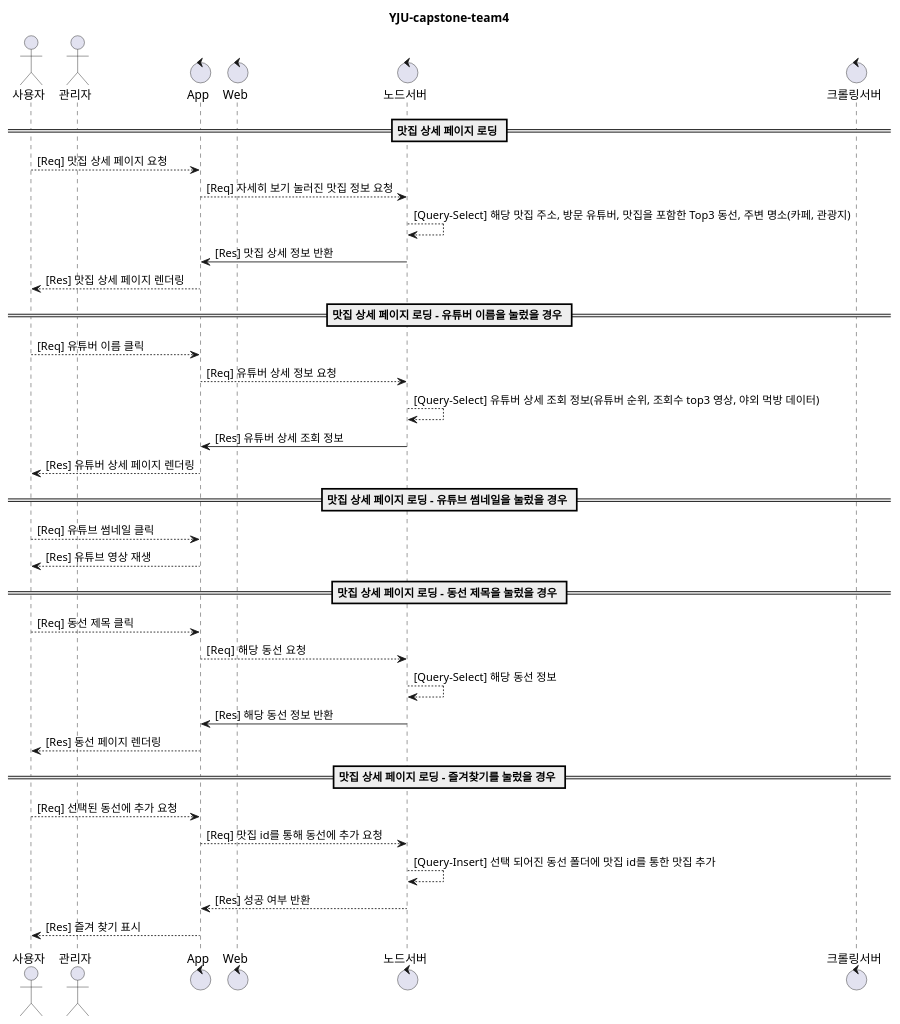
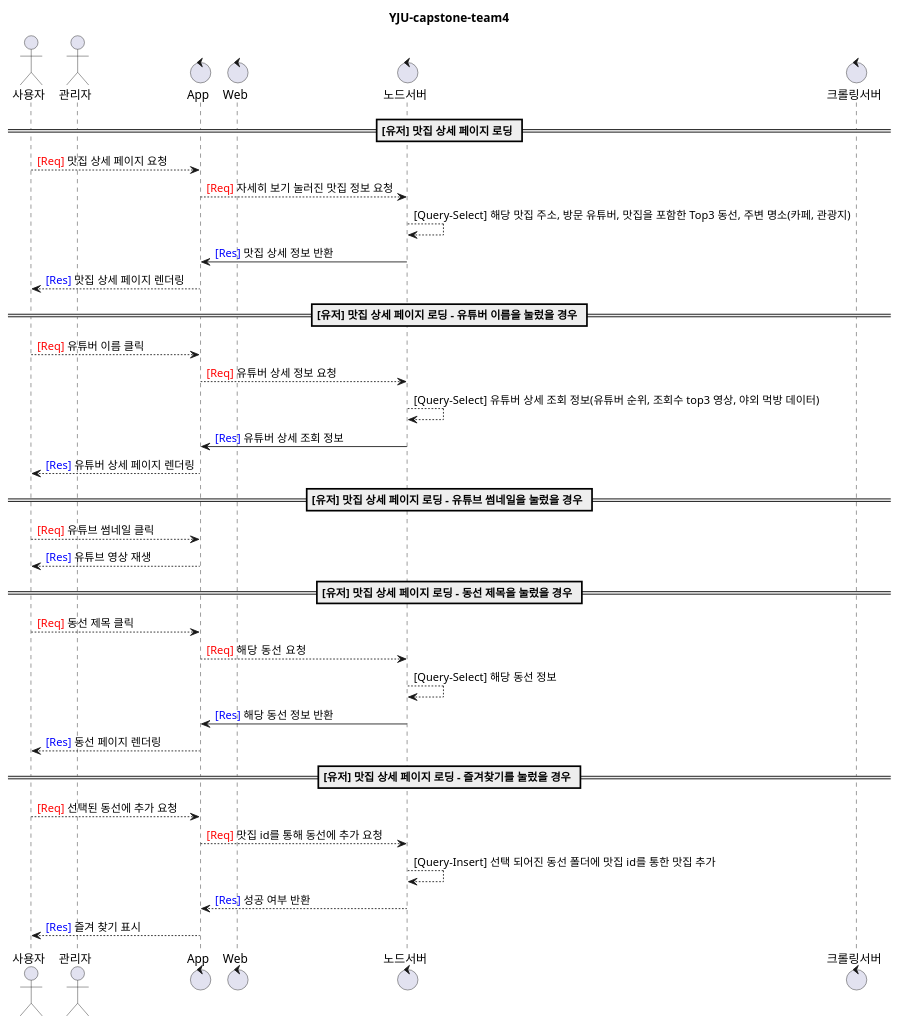
Before and after one commit to YJU-capstone-team4/Node.js-project-Server: the diagram in seven.wsd, drawn with PlantUML. The commit also changed 2 other files, not shown here.

Commit message:
Feature :: 시퀀스다이어그램 세번째 수정

```diff
--- a/seven.wsd
+++ b/seven.wsd
@@ -2,44 +2,44 @@
 @startuml
 
 title YJU-capstone-team4
 
 actor 사용자 as User
 actor 관리자 as Admin
 
 control App
 control Web
 control 노드서버 as Node
 control 크롤링서버 as Lamda
 
-== 맛집 상세 페이지 로딩 ==
-User --> App : [Req] 맛집 상세 페이지 요청
-App --> Node : [Req] 자세히 보기 눌러진 맛집 정보 요청
+== [유저] 맛집 상세 페이지 로딩 ==
+User --> App : <font color=red>[Req]</font> 맛집 상세 페이지 요청
+App --> Node : <font color=red>[Req]</font> 자세히 보기 눌러진 맛집 정보 요청
     Node --> Node : [Query-Select] 해당 맛집 주소, 방문 유튜버, 맛집을 포함한 Top3 동선, 주변 명소(카페, 관광지)
-Node -> App : [Res] 맛집 상세 정보 반환
-App --> User : [Res] 맛집 상세 페이지 렌더링
+Node -> App : <font color=blue>[Res]</font> 맛집 상세 정보 반환
+App --> User : <font color=blue>[Res]</font> 맛집 상세 페이지 렌더링
 
-== 맛집 상세 페이지 로딩 - 유튜버 이름을 눌렀을 경우 ==
-User --> App : [Req] 유튜버 이름 클릭
-App --> Node : [Req] 유튜버 상세 정보 요청
+== [유저] 맛집 상세 페이지 로딩 - 유튜버 이름을 눌렀을 경우 ==
+User --> App : <font color=red>[Req]</font> 유튜버 이름 클릭
+App --> Node : <font color=red>[Req]</font> 유튜버 상세 정보 요청
     Node --> Node : [Query-Select] 유튜버 상세 조회 정보(유튜버 순위, 조회수 top3 영상, 야외 먹방 데이터)
-Node -> App : [Res] 유튜버 상세 조회 정보
-App --> User : [Res] 유튜버 상세 페이지 렌더링
+Node -> App : <font color=blue>[Res]</font> 유튜버 상세 조회 정보
+App --> User : <font color=blue>[Res]</font> 유튜버 상세 페이지 렌더링
 
-== 맛집 상세 페이지 로딩 - 유튜브 썸네일을 눌렀을 경우 ==
-User --> App : [Req] 유튜브 썸네일 클릭
-App --> User : [Res] 유튜브 영상 재생
+== [유저] 맛집 상세 페이지 로딩 - 유튜브 썸네일을 눌렀을 경우 ==
+User --> App : <font color=red>[Req]</font> 유튜브 썸네일 클릭
+App --> User : <font color=blue>[Res]</font> 유튜브 영상 재생
 
-== 맛집 상세 페이지 로딩 - 동선 제목을 눌렀을 경우 ==
-User --> App : [Req] 동선 제목 클릭
-App --> Node : [Req] 해당 동선  요청
+== [유저] 맛집 상세 페이지 로딩 - 동선 제목을 눌렀을 경우 ==
+User --> App : <font color=red>[Req]</font> 동선 제목 클릭
+App --> Node : <font color=red>[Req]</font> 해당 동선  요청
     Node --> Node : [Query-Select] 해당 동선 정보
-Node -> App : [Res] 해당 동선 정보 반환
-App --> User : [Res] 동선 페이지 렌더링
+Node -> App : <font color=blue>[Res]</font> 해당 동선 정보 반환
+App --> User : <font color=blue>[Res]</font> 동선 페이지 렌더링
 
-== 맛집 상세 페이지 로딩 - 즐겨찾기를 눌렀을 경우 ==
-User --> App : [Req] 선택된 동선에 추가 요청
-App --> Node : [Req] 맛집 id를 통해 동선에 추가 요청
+== [유저] 맛집 상세 페이지 로딩 - 즐겨찾기를 눌렀을 경우 ==
+User --> App : <font color=red>[Req]</font> 선택된 동선에 추가 요청
+App --> Node : <font color=red>[Req]</font> 맛집 id를 통해 동선에 추가 요청
     Node --> Node : [Query-Insert] 선택 되어진 동선 폴더에 맛집 id를 통한 맛집 추가
-Node --> App : [Res] 성공 여부 반환
-App --> User : [Res] 즐겨 찾기 표시
+Node --> App : <font color=blue>[Res]</font> 성공 여부 반환
+App --> User : <font color=blue>[Res]</font> 즐겨 찾기 표시
 @enduml
```
